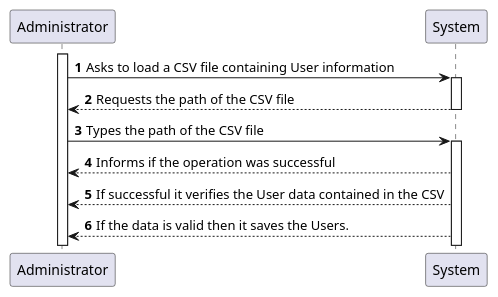
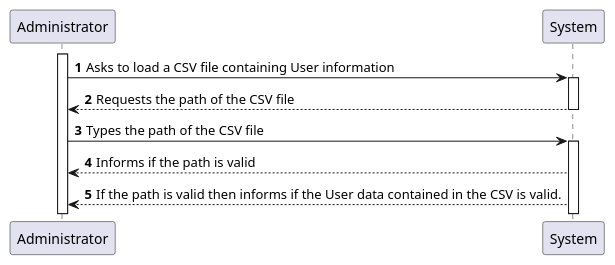
One commit to Pirussa/lei-22-s2-1da-g02 changed the diagram in docs/SprintC/US014/US014.puml. Above: the diagram before and after it, drawn with PlantUML. The commit also changed 3 other files, not shown here.

```diff
--- a/docs/SprintC/US014/US014.puml
+++ b/docs/SprintC/US014/US014.puml
@@ -1,19 +1,17 @@
 @startuml
 'https://plantuml.com/sequence-diagram
 
 autonumber
 
 activate Administrator
 Administrator -> System: Asks to load a CSV file containing User information
 activate System
 Administrator <-- System: Requests the path of the CSV file
 deactivate System
 
 Administrator -> System: Types the path of the CSV file
 activate System
-Administrator <-- System: Informs if the operation was successful
-Administrator <-- System: If successful it verifies the User data contained in the CSV
-Administrator <-- System: If the data is valid then it saves the Users.
-
+Administrator <-- System: Informs if the path is valid
+Administrator <-- System: If the path is valid then informs if the User data contained in the CSV is valid.
 
 @enduml
```
